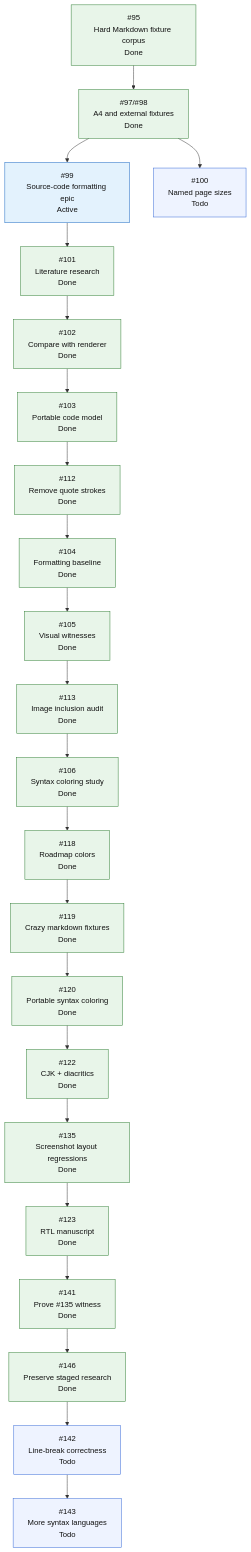
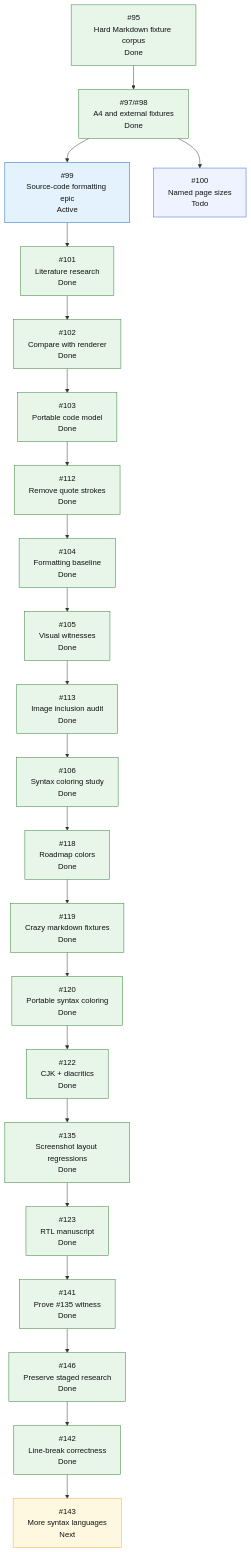
Before and after one commit to mihaelamj/MarkdownPDF: the fifth of 5 diagrams in README.md, drawn with Mermaid. The commit also changed other lines of this file and 3 other files, not shown here.

First line of the commit message:
fix(layout): tighten Unicode line-break opportunities

````diff
--- a/README.md
+++ b/README.md
@@ -456,41 +458,42 @@
 ```mermaid
 flowchart TD
     H0["#95<br/>Hard Markdown fixture corpus<br/>Done"]
     H1["#97/#98<br/>A4 and external fixtures<br/>Done"]
     H2["#99<br/>Source-code formatting epic<br/>Active"]
     H2A["#101<br/>Literature research<br/>Done"]
     H2B["#102<br/>Compare with renderer<br/>Done"]
     H2C["#103<br/>Portable code model<br/>Done"]
     H2D["#112<br/>Remove quote strokes<br/>Done"]
     H2E["#104<br/>Formatting baseline<br/>Done"]
     H2F["#105<br/>Visual witnesses<br/>Done"]
     H2G["#113<br/>Image inclusion audit<br/>Done"]
     H2H["#106<br/>Syntax coloring study<br/>Done"]
     H2I["#118<br/>Roadmap colors<br/>Done"]
     H2J["#119<br/>Crazy markdown fixtures<br/>Done"]
     H2K["#120<br/>Portable syntax coloring<br/>Done"]
     H2L["#122<br/>CJK + diacritics<br/>Done"]
     H2M["#135<br/>Screenshot layout regressions<br/>Done"]
     H2N["#123<br/>RTL manuscript<br/>Done"]
     H2O["#141<br/>Prove #135 witness<br/>Done"]
     H2R["#146<br/>Preserve staged research<br/>Done"]
-    H2P["#142<br/>Line-break correctness<br/>Todo"]
-    H2Q["#143<br/>More syntax languages<br/>Todo"]
+    H2P["#142<br/>Line-break correctness<br/>Done"]
+    H2Q["#143<br/>More syntax languages<br/>Next"]
     H3["#100<br/>Named page sizes<br/>Todo"]
 
     H0 --> H1
     H1 --> H2
     H2 --> H2A --> H2B --> H2C --> H2D --> H2E --> H2F --> H2G --> H2H --> H2I --> H2J --> H2K --> H2L --> H2M --> H2N --> H2O --> H2R --> H2P --> H2Q
     H1 --> H3
 
     classDef done fill:#e8f5e9,stroke:#2e7d32,color:#111;
     classDef active fill:#e3f2fd,stroke:#1565c0,color:#111;
     classDef review fill:#f3e5f5,stroke:#7b1fa2,color:#111;
     classDef next fill:#fff8e1,stroke:#f9a825,color:#111;
     classDef todo fill:#eef3ff,stroke:#3367d6,color:#111;
     class H0,H1 done;
     class H2 active;
     class H2A,H2B,H2C,H2D,H2E,H2F,H2G,H2H,H2I,H2J,H2K,H2L,H2M,H2N,H2O done;
-    class H2R done;
-    class H2P,H2Q,H3 todo;
+    class H2P,H2R done;
+    class H2Q next;
+    class H3 todo;
 ```
````
